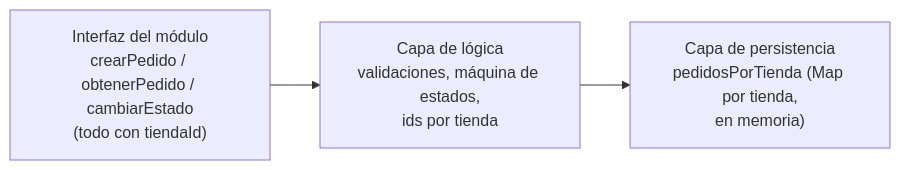
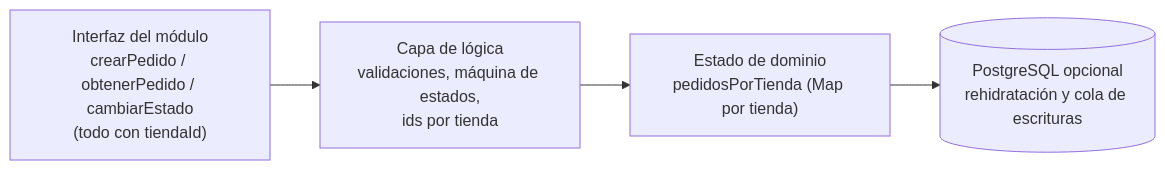
One commit to ISCOUTB/AS_202620_LaPlacita changed the second of 7 diagrams in docs/arc42/arc42-template-EN.md. Above: the diagram before and after it, drawn with Mermaid. The commit also changed other lines of this file and 6 other files, not shown here.

````diff
--- a/docs/arc42/arc42-template-EN.md
+++ b/docs/arc42/arc42-template-EN.md
@@ -180,9 +184,11 @@
 ```mermaid
 graph LR
     Intro["Interfaz del módulo\ncrearPedido / obtenerPedido / cambiarEstado\n(todo con tiendaId)"]
     Logic["Capa de lógica\nvalidaciones, máquina de estados,\nids por tienda"]
-    Store["Capa de persistencia\npedidosPorTienda (Map por tienda,\nen memoria)"]
+    Store["Estado de dominio\npedidosPorTienda (Map por tienda)"]
+    DB[("PostgreSQL opcional\nrehidratación y cola de escrituras")]
 
     Intro --> Logic
     Logic --> Store
+    Store --> DB
 ```
````
